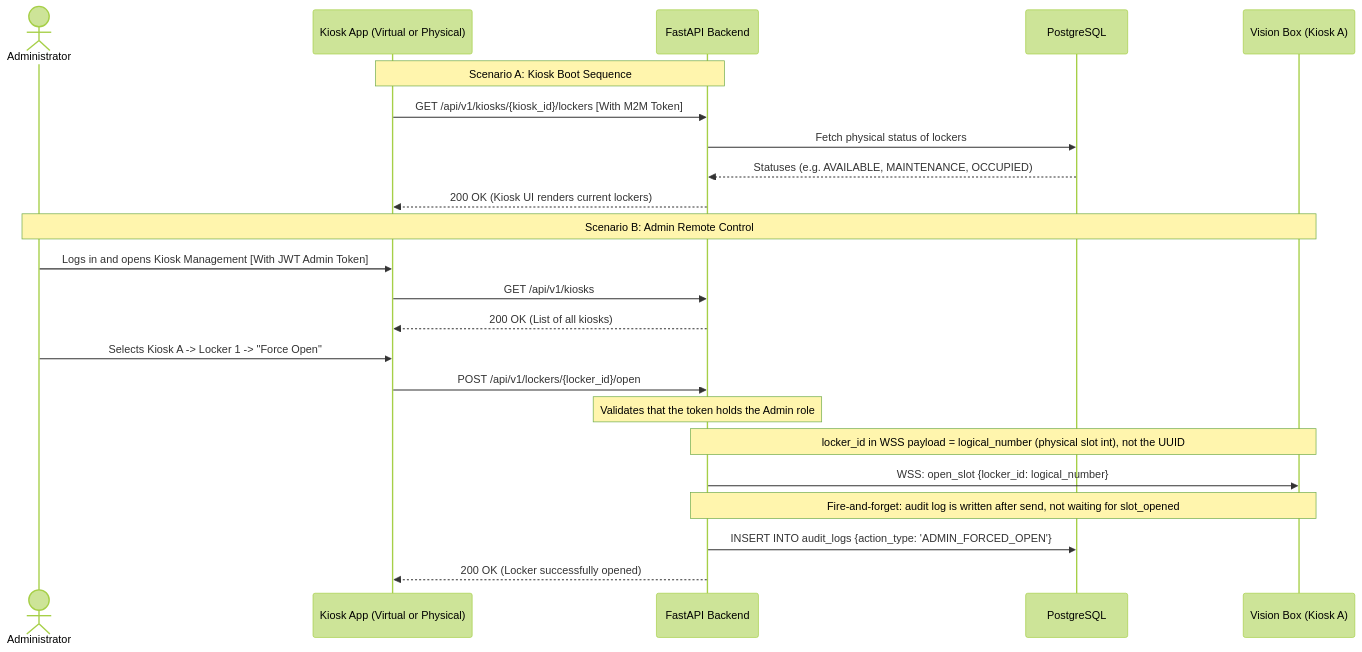
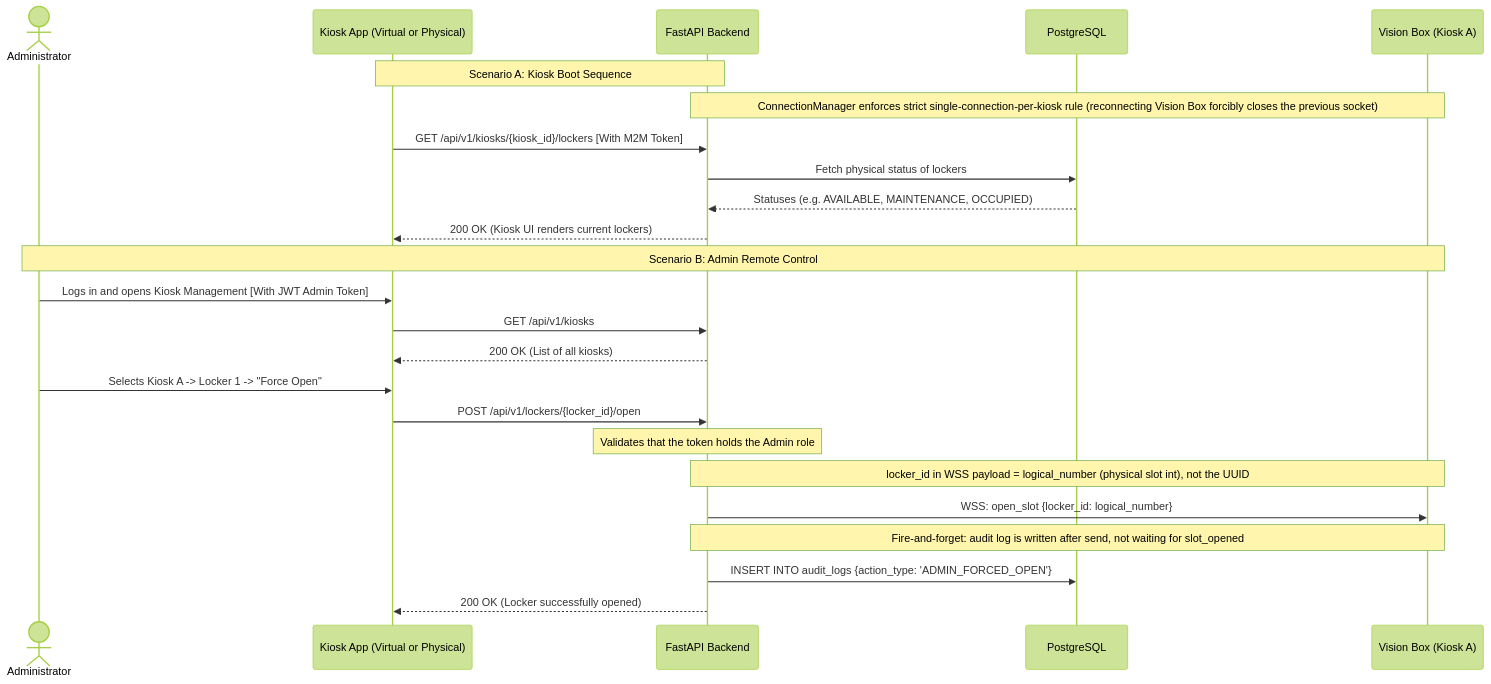
The diagram in docs/diagrams/sequence_admin_sync.mmd (easylend-practice-enterprise/easylend), drawn with Mermaid (forest theme) before and after one commit. The commit also changed 2 other files, not shown here.

Commit message:
docs: finalize architecture diagrams with missing internal constraints (U-02, U-03, U-05)

```diff
--- a/docs/diagrams/sequence_admin_sync.mmd
+++ b/docs/diagrams/sequence_admin_sync.mmd
@@ -1,26 +1,27 @@
 sequenceDiagram
     actor Admin as Administrator
     participant App as Kiosk App (Virtual or Physical)
     participant API as FastAPI Backend
     participant DB as PostgreSQL
     participant VB as Vision Box (Kiosk A)
 
     Note over App,API: Scenario A: Kiosk Boot Sequence
+    Note over API,VB: ConnectionManager enforces strict single-connection-per-kiosk rule (reconnecting Vision Box forcibly closes the previous socket)
     App->>API: GET /api/v1/kiosks/{kiosk_id}/lockers [With M2M Token]
     API->>DB: Fetch physical status of lockers
     DB-->>API: Statuses (e.g. AVAILABLE, MAINTENANCE, OCCUPIED)
     API-->>App: 200 OK (Kiosk UI renders current lockers)
 
     Note over Admin,VB: Scenario B: Admin Remote Control
     Admin->>App: Logs in and opens Kiosk Management [With JWT Admin Token]
     App->>API: GET /api/v1/kiosks
     API-->>App: 200 OK (List of all kiosks)
 
     Admin->>App: Selects Kiosk A -> Locker 1 -> "Force Open"
     App->>API: POST /api/v1/lockers/{locker_id}/open
     Note over API: Validates that the token holds the Admin role
     Note over API,VB: locker_id in WSS payload = logical_number (physical slot int), not the UUID
     API->>VB: WSS: open_slot {locker_id: logical_number}
     Note over API,VB: Fire-and-forget: audit log is written after send, not waiting for slot_opened
     API->>DB: INSERT INTO audit_logs {action_type: 'ADMIN_FORCED_OPEN'}
     API-->>App: 200 OK (Locker successfully opened)
```
